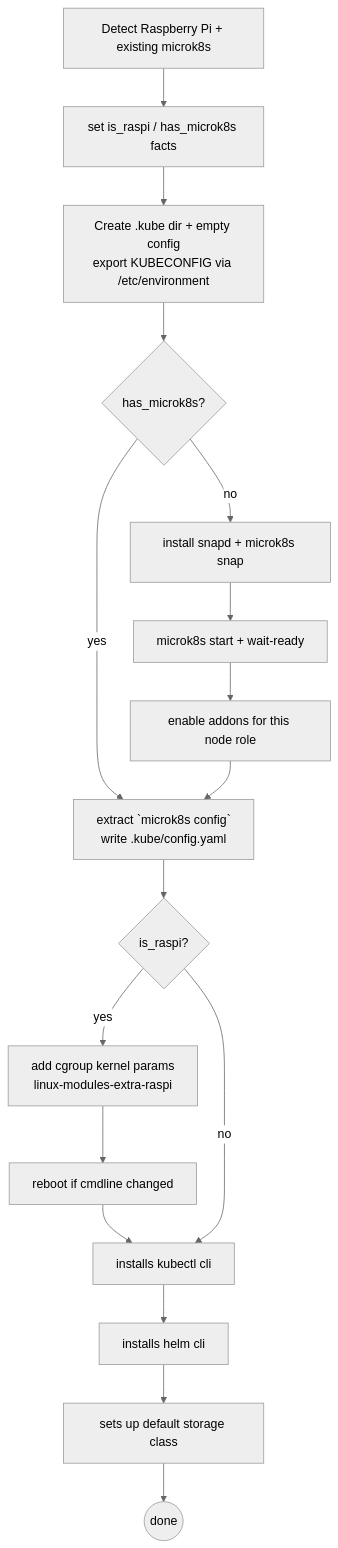
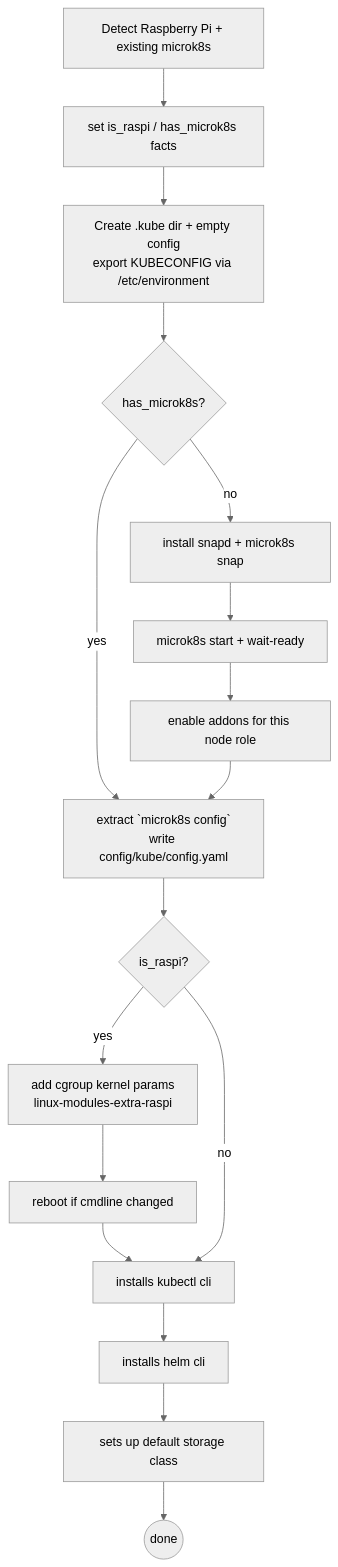
One commit to this-oliver/homelab changed the diagram in ansible/roles/k8s_core/README.md. Above: the diagram before and after it, drawn with Mermaid (neutral theme). The commit also changed other lines of this file and 6 other files, not shown here.

````diff
--- a/ansible/roles/k8s_core/README.md
+++ b/ansible/roles/k8s_core/README.md
@@ -26,19 +26,19 @@
 ```mermaid
 flowchart TD
     probe[Detect Raspberry Pi + existing microk8s] --> facts[set is_raspi / has_microk8s facts]
     facts --> kubeconfig[Create .kube dir + empty config<br/>export KUBECONFIG via /etc/environment]
     kubeconfig --> exists{has_microk8s?}
-    exists -- yes --> config[extract `microk8s config`<br/>write .kube/config.yaml]
+    exists -- yes --> config[extract `microk8s config`<br/>write config/kube/config.yaml]
     exists -- no --> install[install snapd + microk8s snap]
     install --> start[microk8s start + wait-ready]
     start --> addons[enable addons for this node role]
     addons --> config
     config --> raspi{is_raspi?}
     raspi -- yes --> cgroup[add cgroup kernel params<br/>linux-modules-extra-raspi]
     cgroup --> reboot[reboot if cmdline changed]
     reboot --> kubectl[installs kubectl cli]
     raspi -- no --> kubectl
     kubectl --> helm[installs helm cli]
     helm --> storage[sets up default storage class]
     storage --> done((done))
 ```
````
